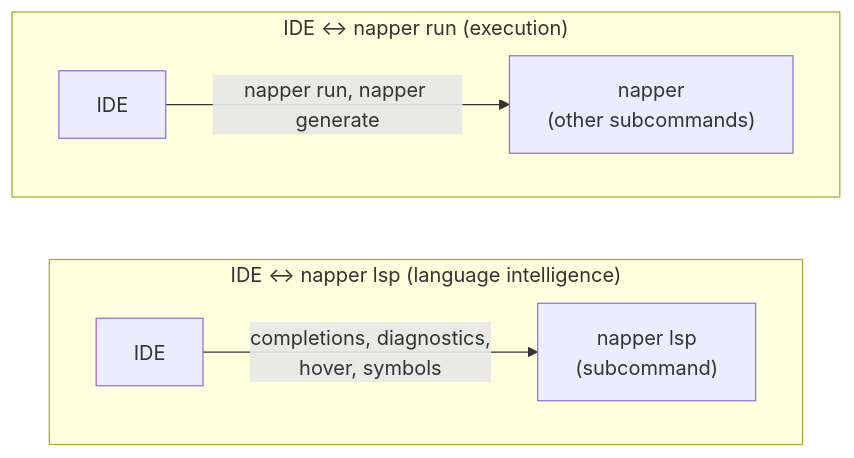
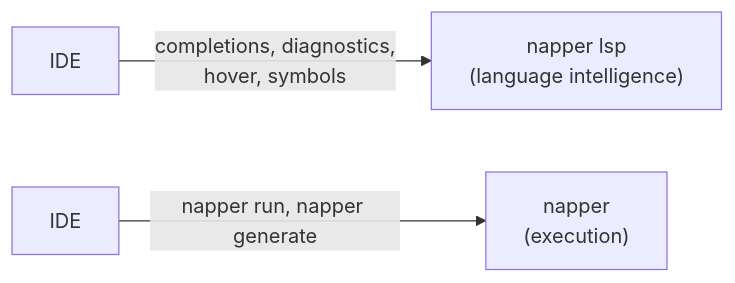
Before and after one commit to Nimblesite/napper: the second of 4 diagrams in docs/specs/IDE-EXTENSION-SPEC.md, drawn with Mermaid. The commit also changed other lines of this file and 181 other files, not shown here.

````diff
--- a/docs/specs/IDE-EXTENSION-SPEC.md
+++ b/docs/specs/IDE-EXTENSION-SPEC.md
@@ -56,12 +53,5 @@
 ```mermaid
 graph LR
-    subgraph "IDE ↔ napper lsp (language intelligence)"
-        direction LR
-        IDE1[IDE] -->|completions, diagnostics,<br/>hover, symbols| LSP1["napper lsp<br/>(subcommand)"]
-    end
-
-    subgraph "IDE ↔ napper run (execution)"
-        direction LR
-        IDE2[IDE] -->|napper run, napper generate| CLI1["napper<br/>(other subcommands)"]
-    end
+    IDE1[IDE] -->|completions, diagnostics,<br/>hover, symbols| LSP1["napper lsp<br/>(language intelligence)"]
+    IDE2[IDE] -->|napper run, napper generate| CLI1["napper<br/>(execution)"]
 ```
````
